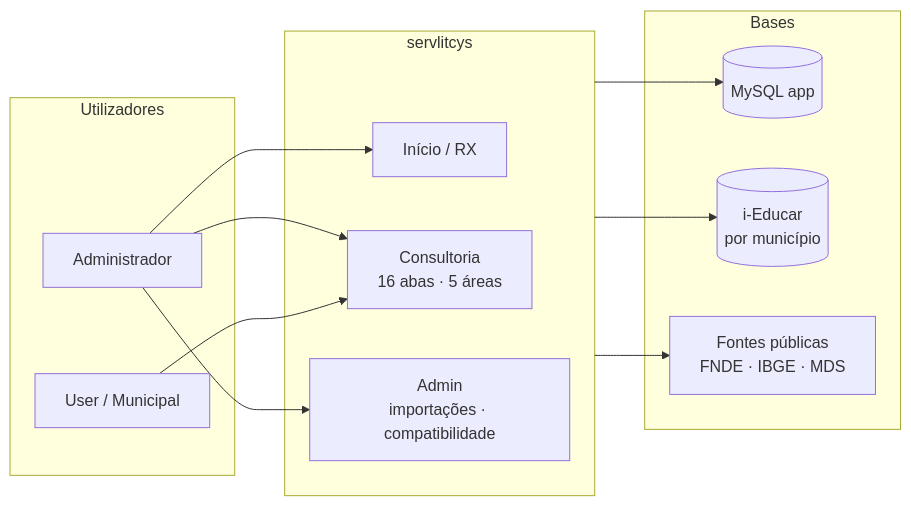
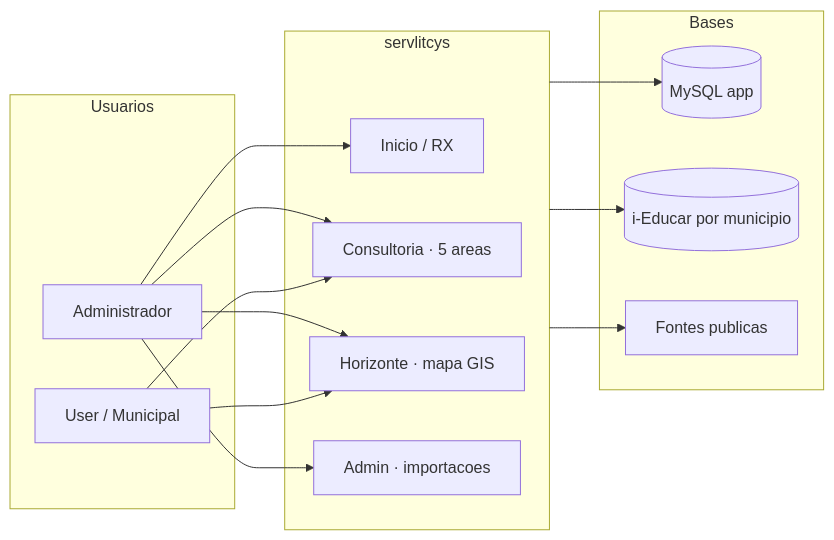
The first of 2 diagrams in README.md (JaderGabriel/serventec-servlitcys), drawn with Mermaid before and after one commit. The commit also changed other lines of this file and 15 other files, not shown here.

````diff
--- a/README.md
+++ b/README.md
@@ -11,27 +11,30 @@
 ```mermaid
 flowchart LR
-    subgraph Utilizadores
+    subgraph Usuarios
         Admin[Administrador]
         Analista[User / Municipal]
     end
 
     subgraph servlitcys
-        Inicio[Início / RX]
-        Analytics[Consultoria<br/>16 abas · 5 áreas]
-        AdminPanel[Admin<br/>importações · compatibilidade]
+        Inicio[Inicio / RX]
+        Analytics[Consultoria · 5 areas]
+        Horizonte[Horizonte · mapa GIS]
+        AdminPanel[Admin · importacoes]
     end
 
     subgraph Bases
         AppDB[(MySQL app)]
-        Ieducar[(i-Educar<br/>por município)]
-        APIs[Fontes públicas<br/>FNDE · IBGE · MDS]
+        Ieducar[(i-Educar por municipio)]
+        APIs[Fontes publicas]
     end
 
     Admin --> Inicio
     Admin --> Analytics
+    Admin --> Horizonte
     Admin --> AdminPanel
     Analista --> Analytics
+    Analista --> Horizonte
     servlitcys --> AppDB
     servlitcys --> Ieducar
     servlitcys --> APIs
 ```
````
